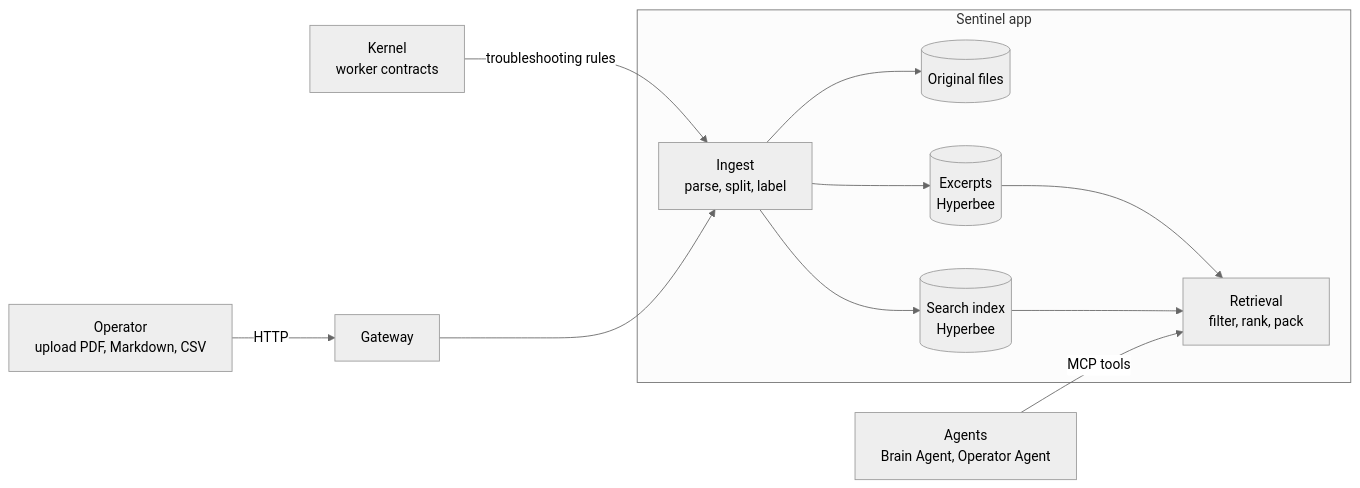
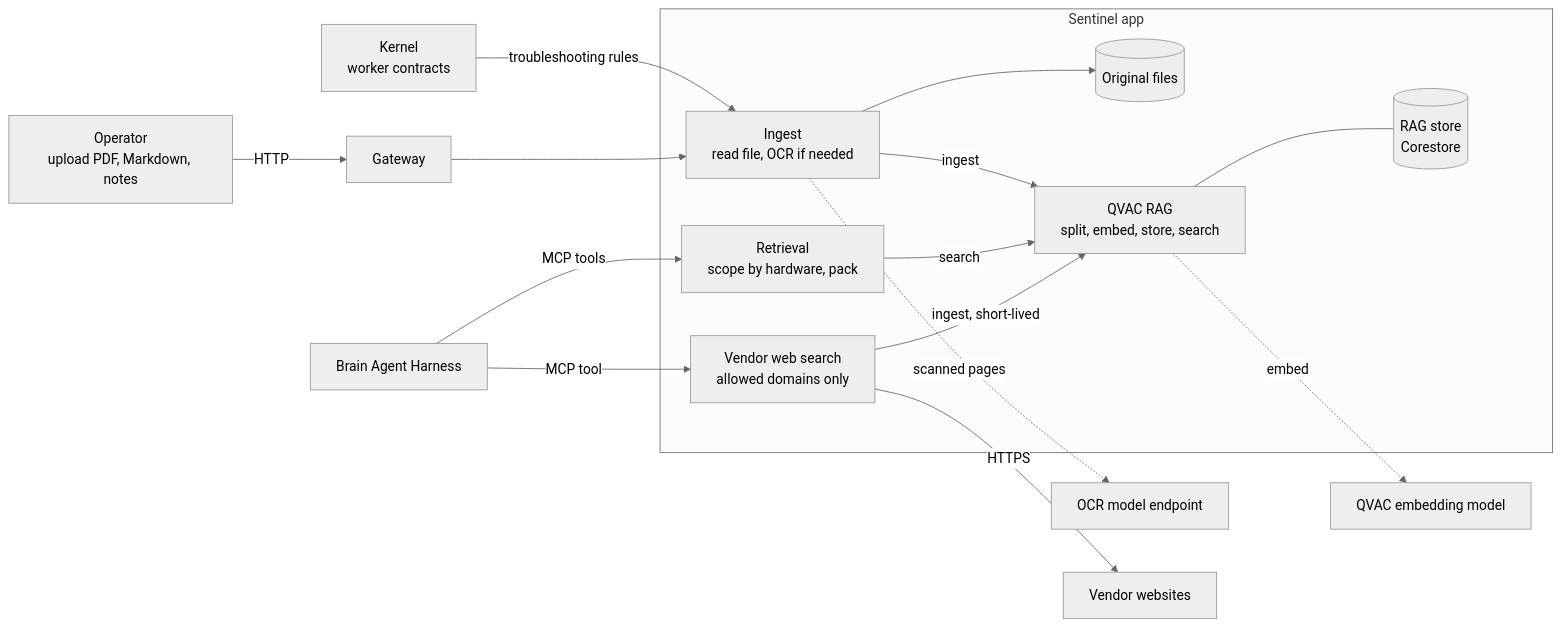
Before and after one commit to ankit-tether/mdk-be: the first of 2 diagrams in docs/sentinel/hld-hardware-docs.md, drawn with Mermaid (neutral theme). The commit also changed other lines of this file, not shown here.

First line of the commit message:
Update Sentinel Hardware Docs Library to version 0.4.0

````diff
--- a/docs/sentinel/hld-hardware-docs.md
+++ b/docs/sentinel/hld-hardware-docs.md
@@ -31,21 +37,29 @@
 ```mermaid
 flowchart LR
-  OP["Operator<br/>upload PDF, Markdown, CSV"] -->|"HTTP"| GW["Gateway"]
+  OP["Operator<br/>upload PDF, Markdown, notes"] -->|"HTTP"| GW["Gateway"]
   K["Kernel<br/>worker contracts"] -->|"troubleshooting rules"| ING
 
   subgraph APP["Sentinel app"]
-    ING["Ingest<br/>parse, split, label"]
+    ING["Ingest<br/>read file, OCR if needed"]
     FILES[("Original files")]
-    EX[("Excerpts<br/>Hyperbee")]
-    IDX[("Search index<br/>Hyperbee")]
-    RET["Retrieval<br/>filter, rank, pack"]
+    RAG["QVAC RAG<br/>split, embed, store, search"]
+    RS[("RAG store<br/>Corestore")]
+    RET["Retrieval<br/>scope by hardware, pack"]
+    WEB["Vendor web search<br/>allowed domains only"]
     ING --> FILES
-    ING --> EX
-    ING --> IDX
-    EX --> RET
-    IDX --> RET
+    ING -->|"ingest"| RAG
+    RAG --- RS
+    RET -->|"search"| RAG
+    WEB -->|"ingest, short-lived"| RAG
   end
 
+  EMB["QVAC embedding model"]
+  OCR["OCR model endpoint"]
+
   GW --> ING
-  AG["Agents<br/>Brain Agent, Operator Agent"] -->|"MCP tools"| RET
+  ING -.->|"scanned pages"| OCR
+  RAG -.->|"embed"| EMB
+  AG["Brain Agent Harness"] -->|"MCP tools"| RET
+  AG -->|"MCP tool"| WEB
+  WEB -->|"HTTPS"| VS["Vendor websites"]
 ```
````
